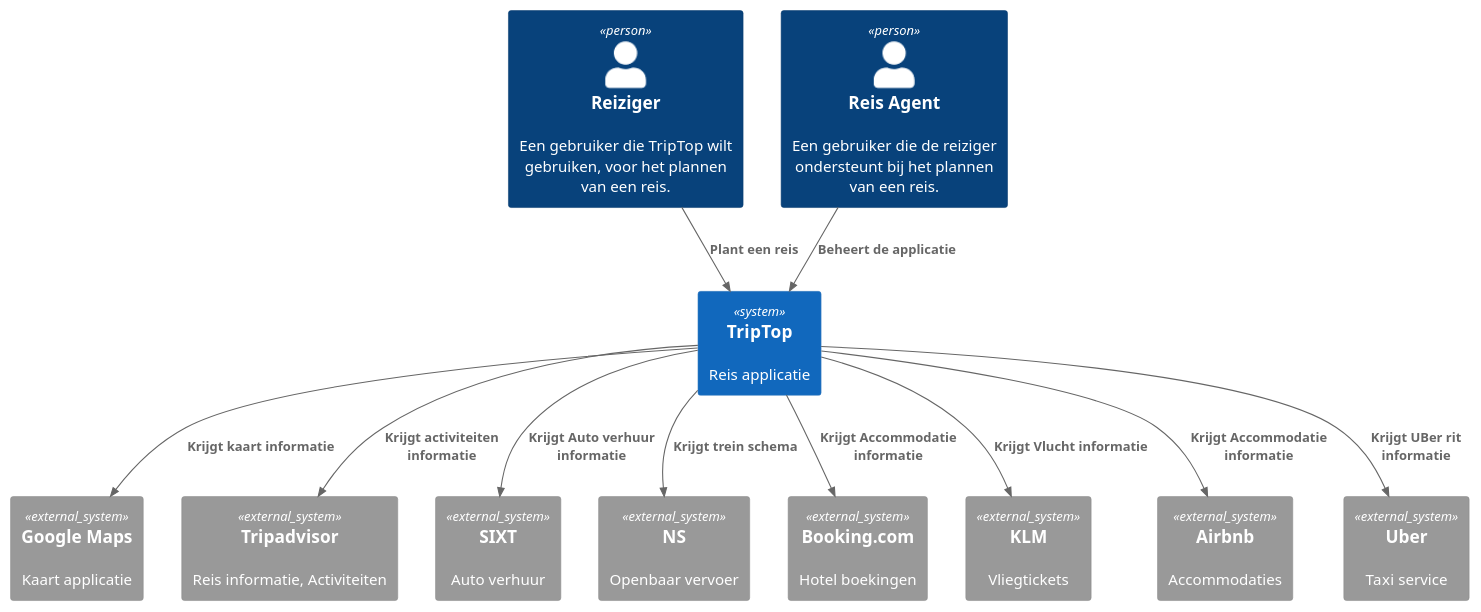
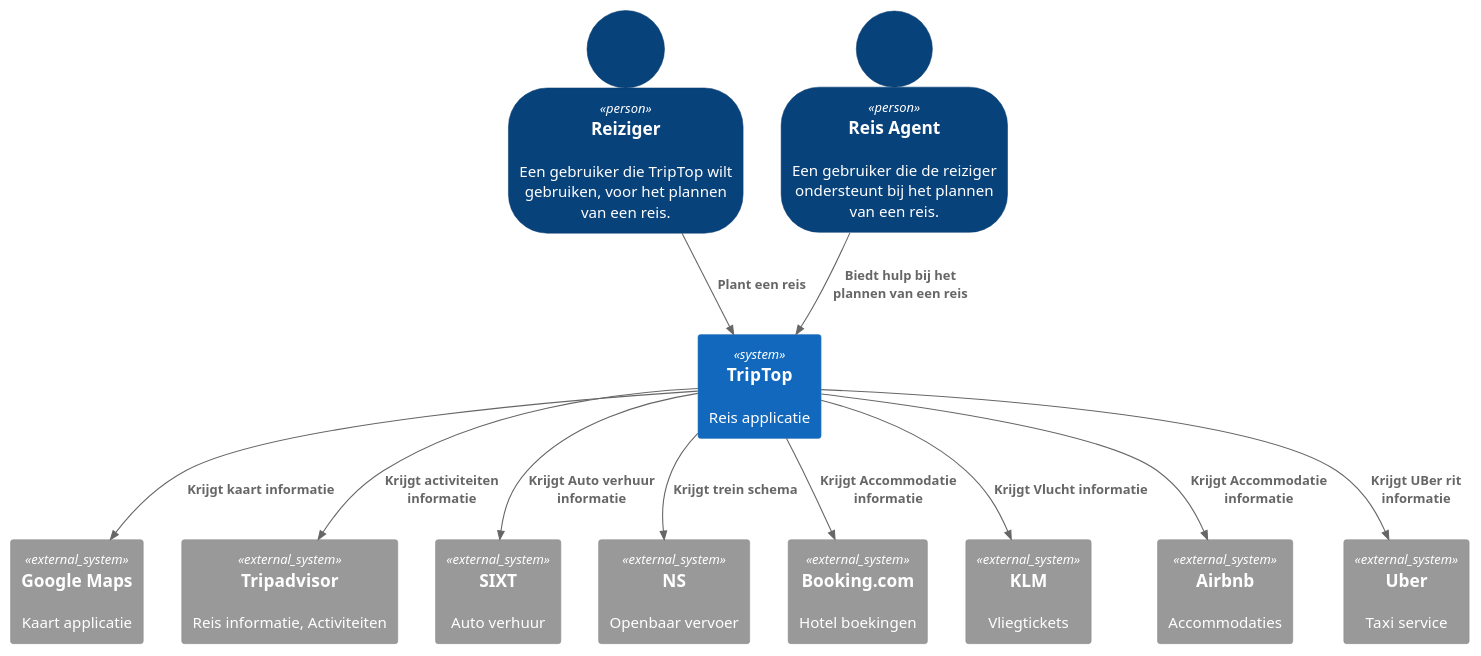
One commit to AIM-ENE-feb25/triptop-livingin-s-pain-nouri-siebe-boris changed the diagram in Mijn bijdrage/Context (C4).puml. Above: the diagram before and after it, drawn with PlantUML.

```diff
--- a/Mijn bijdrage/Context (C4).puml
+++ b/Mijn bijdrage/Context (C4).puml
@@ -1,31 +1,33 @@
 @startuml C4_Elements
 !include https://raw.githubusercontent.com/plantuml-stdlib/C4-PlantUML/master/C4_Container.puml
+
+SHOW_PERSON_OUTLINE()
 
 Person(personAlias, "Reiziger", "Een gebruiker die TripTop wilt gebruiken, voor het plannen van een reis.")
 Person(reisagent,"Reis Agent", "Een gebruiker die de reiziger ondersteunt bij het plannen van een reis.")
 System(systemAlias, "TripTop", "Reis applicatie")
 System_Ext(systemExtAlias, "Google Maps", "Kaart applicatie")
 
 System_Ext(2, "Tripadvisor", "Reis informatie, Activiteiten")
 System_Ext(3, "SIXT", "Auto verhuur")
 System_Ext(4, "NS", "Openbaar vervoer")
 System_Ext(5, "Booking.com", "Hotel boekingen")
 System_Ext(6, "KLM", "Vliegtickets")
 System_Ext(7, "Airbnb", "Accommodaties")
 System_Ext(8, "Uber", "Taxi service")
 
 Rel(personAlias, systemAlias, "Plant een reis")
-Rel(reisagent, systemAlias, "Beheert de applicatie")
+Rel(reisagent, systemAlias, "Biedt hulp bij het plannen van een reis")
 
 
 
 Rel(systemAlias, systemExtAlias, "Krijgt kaart informatie")
 Rel(systemAlias, 2, "Krijgt activiteiten informatie")
 Rel(systemAlias, 3, "Krijgt Auto verhuur informatie")
 Rel(systemAlias, 4, "Krijgt trein schema")
 Rel(systemAlias, 5, "Krijgt Accommodatie informatie")
 Rel(systemAlias, 6, "Krijgt Vlucht informatie")
 Rel(systemAlias, 7, "Krijgt Accommodatie informatie")
 Rel(systemAlias, 8, "Krijgt UBer rit informatie")
 
 @enduml
```
